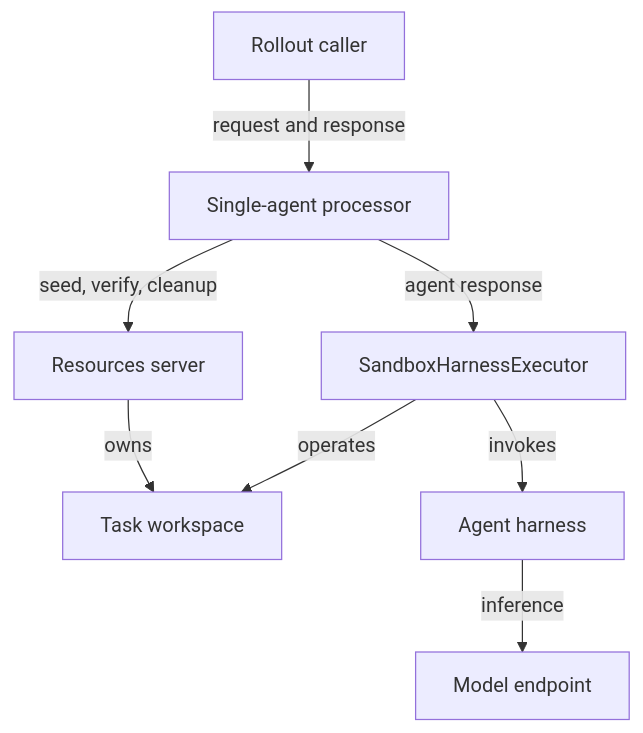
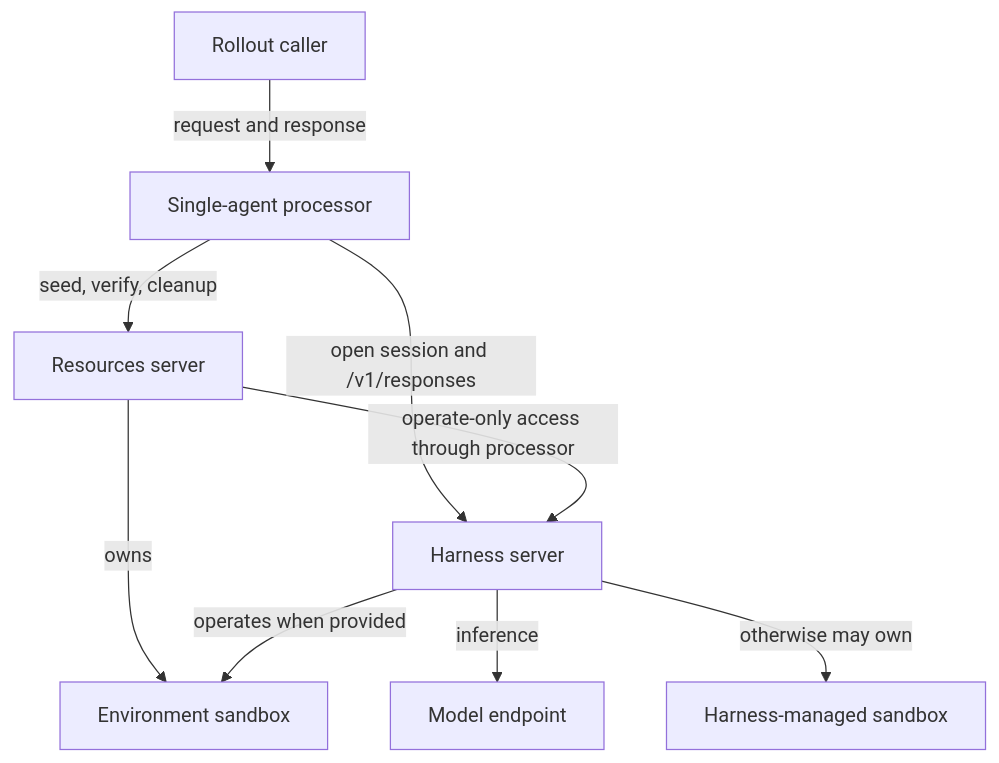
The first of 3 diagrams in investigations/episode-orchestration-design.md (ananthsub/Gym), drawn with Mermaid before and after one commit. The commit also changed other lines of this file and 3 other files, not shown here.

````diff
--- a/investigations/episode-orchestration-design.md
+++ b/investigations/episode-orchestration-design.md
@@ -129,10 +136,11 @@
 ```mermaid
 flowchart TB
     C[Rollout caller] -->|request and response| P[Single-agent processor]
     P -->|seed, verify, cleanup| R[Resources server]
-    R -->|owns| TW[Task workspace]
-    P -->|agent response| X[SandboxHarnessExecutor]
-    X -->|invokes| H[Agent harness]
+    P -->|open session and /v1/responses| H[Harness server]
     H -->|inference| M[Model endpoint]
-    X -->|operates| TW
+    R -->|owns| ES[Environment sandbox]
+    R -->|operate-only access through processor| H
+    H -->|operates when provided| ES
+    H -->|otherwise may own| HS[Harness-managed sandbox]
 ```
````
